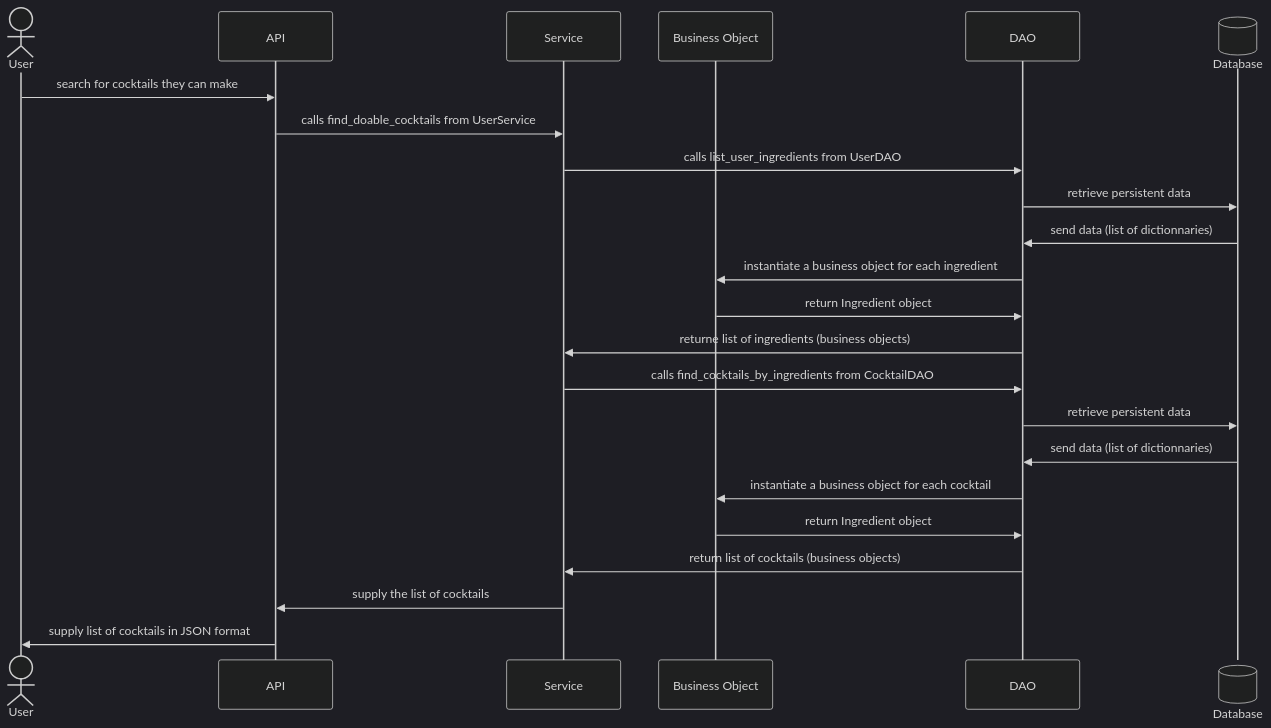
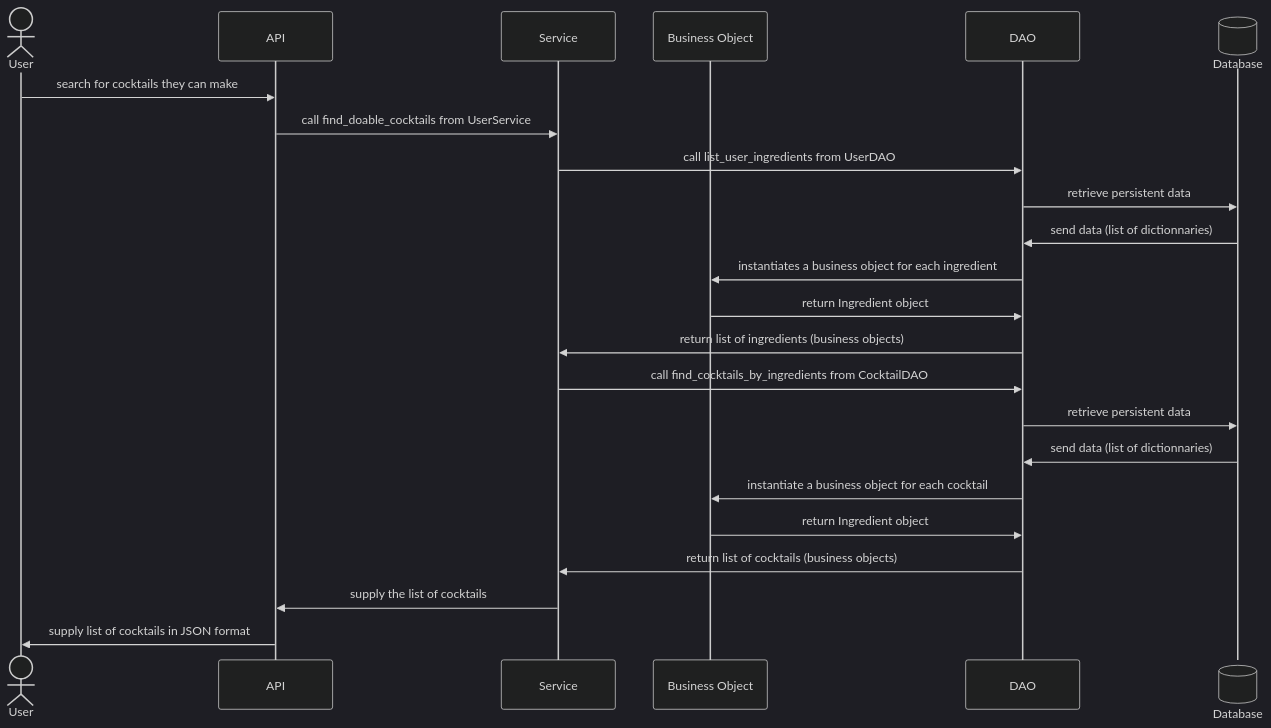
Before and after one commit to bbrunel/ENSAI-2A-projet-info: the diagram in doc/diag_sequence.md, drawn with Mermaid (dark theme).

Commit message:
Diagramme de séquence

````diff
--- a/doc/diag_sequence.md
+++ b/doc/diag_sequence.md
@@ -8,25 +8,25 @@
 ```mermaid
 sequenceDiagram
    actor User
    participant API
    participant Service
    participant Business Object
    participant DAO
    participant Database@{"type":"database"}
    User->>API: search for cocktails they can make
-   API->>Service: calls find_doable_cocktails from UserService
-   Service->>DAO: calls list_user_ingredients from UserDAO
+   API->>Service: call find_doable_cocktails from UserService
+   Service->>DAO: call list_user_ingredients from UserDAO
    DAO->>Database: retrieve persistent data
    Database->>DAO: send data (list of dictionnaries)
-   DAO->>Business Object: instantiate a business object for each ingredient
+   DAO->>Business Object: instantiates a business object for each ingredient
    Business Object->>DAO: return Ingredient object
-   DAO->>Service: returne list of ingredients (business objects)
-   Service->>DAO: calls find_cocktails_by_ingredients from CocktailDAO
+   DAO->>Service: return list of ingredients (business objects)
+   Service->>DAO: call find_cocktails_by_ingredients from CocktailDAO
    DAO->>Database: retrieve persistent data
    Database->>DAO: send data (list of dictionnaries)
    DAO->>Business Object: instantiate a business object for each cocktail
    Business Object->>DAO: return Ingredient object
    DAO->>Service: return list of cocktails (business objects)
    Service->>API: supply the list of cocktails
    API->>User: supply list of cocktails in JSON format
 ```
````
